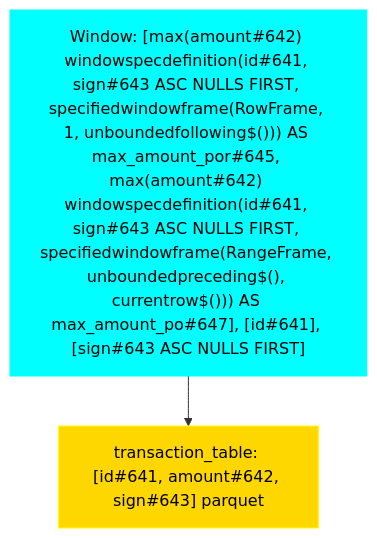
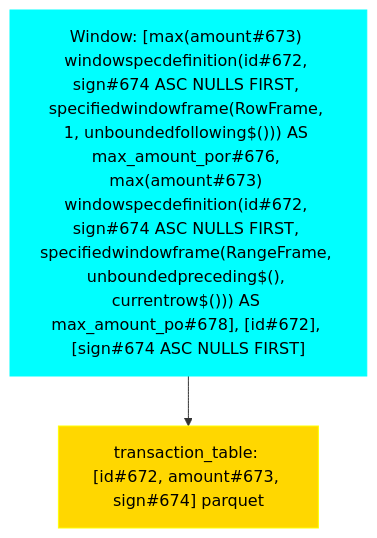
Before and after one commit to NielkNetraam/explainalyzed: the diagram in data/visualization/window_column_2.mmd, drawn with Mermaid. The commit also changed 29 other files, not shown here.

```diff
--- a/data/visualization/window_column_2.mmd
+++ b/data/visualization/window_column_2.mmd
@@ -1,13 +1,13 @@
 flowchart TD
     classDef PROJECT stroke:Blue,fill:LightBlue,color:black
     classDef FILTER stroke:Green,fill:LightGreen,color:black
     classDef UNION stroke:Purple,fill:Violet,color:black
     classDef JOIN stroke:DarkOrange,fill:Orange,color:black
     classDef RELATION stroke:Yellow,fill:Gold,color:black
     classDef AGGREGATE stroke:Brown,fill:Chocolate,color:black
     classDef WINDOW stroke:Aqua,fill:Cyan,color:black
 
-    Window#00001["Window: [max(amount#642) windowspecdefinition(id#641, sign#643 ASC NULLS FIRST, specifiedwindowframe(RowFrame, 1, unboundedfollowing$())) AS max_amount_por#645, max(amount#642) windowspecdefinition(id#641, sign#643 ASC NULLS FIRST, specifiedwindowframe(RangeFrame, unboundedpreceding$(), currentrow$())) AS max_amount_po#647], [id#641], [sign#643 ASC NULLS FIRST]"]:::WINDOW
-    Relation#00002["transaction_table: [id#641, amount#642, sign#643] parquet"]:::RELATION
+    Window#00001["Window: [max(amount#673) windowspecdefinition(id#672, sign#674 ASC NULLS FIRST, specifiedwindowframe(RowFrame, 1, unboundedfollowing$())) AS max_amount_por#676, max(amount#673) windowspecdefinition(id#672, sign#674 ASC NULLS FIRST, specifiedwindowframe(RangeFrame, unboundedpreceding$(), currentrow$())) AS max_amount_po#678], [id#672], [sign#674 ASC NULLS FIRST]"]:::WINDOW
+    Relation#00002["transaction_table: [id#672, amount#673, sign#674] parquet"]:::RELATION
 
     Window#00001 --> Relation#00002
```
